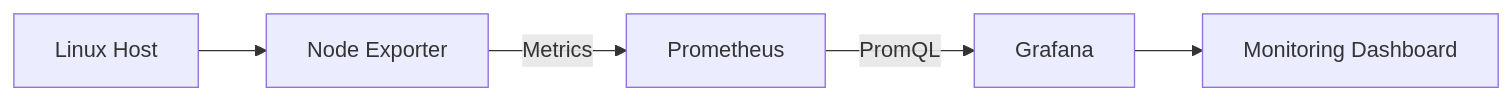
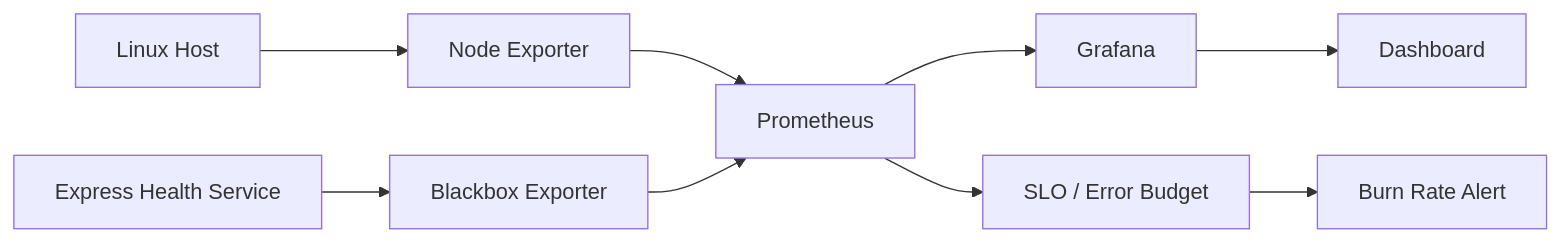
Before and after one commit to akshaykocharekar/monitoring-stack: the diagram in README.md, drawn with Mermaid. The commit also changed other lines of this file and 14 other files, not shown here.

Commit message:
feat: add SLO monitoring and alerting

````diff
--- a/README.md
+++ b/README.md
@@ -9,7 +17,13 @@
 ```mermaid
 flowchart LR
     A[Linux Host] --> B[Node Exporter]
-    B -->|Metrics| C[Prometheus]
-    C -->|PromQL| D[Grafana]
-    D --> E[Monitoring Dashboard]
+    B --> C[Prometheus]
+
+    H[Express Health Service] --> X[Blackbox Exporter]
+    X --> C
+
+    C --> D[Grafana]
+    D --> E[Dashboard]
+    C --> F[SLO / Error Budget]
+    F --> G[Burn Rate Alert]
 ```
````
